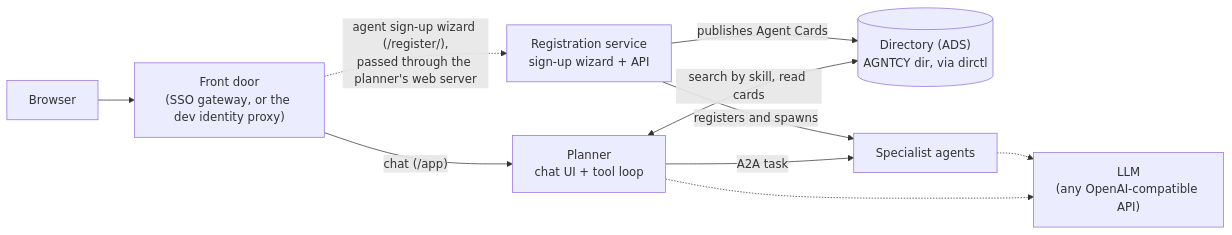
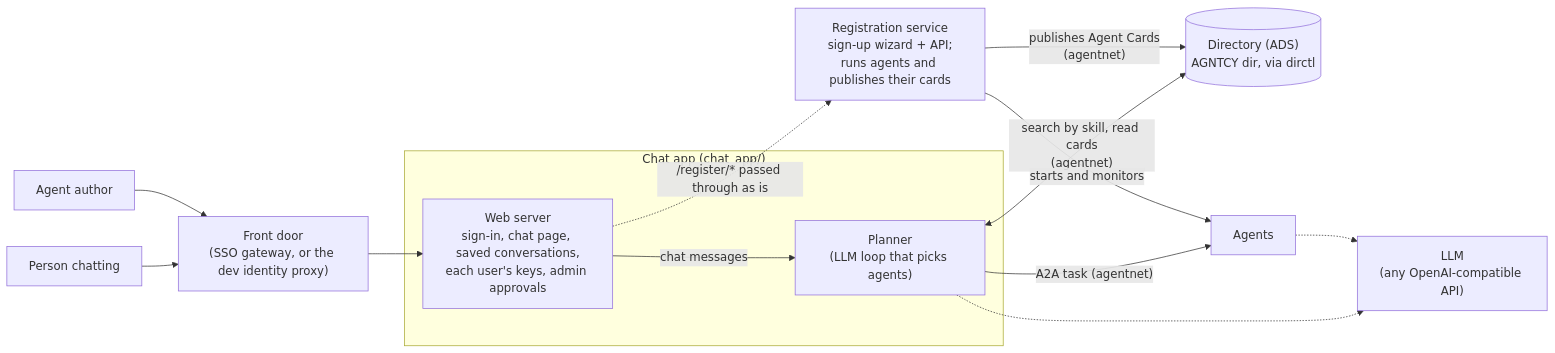
Before and after one commit to washu-dev/AgenticNetwork: the diagram in README.md, drawn with Mermaid. The commit also changed other lines of this file and 29 other files, not shown here.

````diff
--- a/README.md
+++ b/README.md
@@ -11,12 +12,18 @@
 ```mermaid
 flowchart LR
-    U["Browser"] --> F["Front door<br/>(SSO gateway, or the dev identity proxy)"]
-    F -->|"chat (/app)"| P["Planner<br/>chat UI + tool loop"]
-    F -.->|"agent sign-up wizard (/register/),<br/>passed through the planner's web server"| R["Registration service<br/>sign-up wizard + API"]
-    P <-->|"search by skill, read cards"| D[("Directory (ADS)<br/>AGNTCY dir, via dirctl")]
-    P -->|"A2A task"| A["Specialist agents"]
-    R -->|"registers and spawns"| A
-    R -->|"publishes Agent Cards"| D
+    U["Person chatting"] --> F["Front door<br/>(SSO gateway, or the dev identity proxy)"]
+    G["Agent author"] --> F
+    subgraph C["Chat app (chat_app/)"]
+        W["Web server<br/>sign-in, chat page, saved conversations,<br/>each user's keys, admin approvals"]
+        P["Planner<br/>(LLM loop that picks agents)"]
+        W -->|"chat messages"| P
+    end
+    F --> W
+    W -.->|"/register/* passed through as is"| R["Registration service<br/>sign-up wizard + API;<br/>runs agents and publishes their cards"]
+    P <-->|"search by skill, read cards<br/>(agentnet)"| D[("Directory (ADS)<br/>AGNTCY dir, via dirctl")]
+    P -->|"A2A task (agentnet)"| A["Agents"]
+    R -->|"starts and monitors"| A
+    R -->|"publishes Agent Cards<br/>(agentnet)"| D
     P -.-> L["LLM<br/>(any OpenAI-compatible API)"]
     A -.-> L
 ```
````
